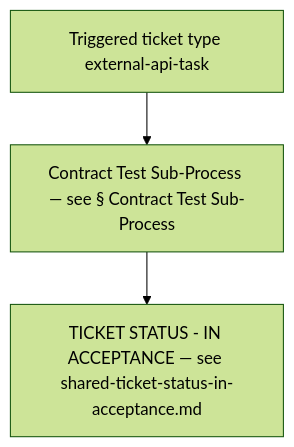
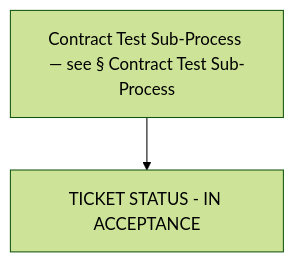
The eighth of 10 diagrams in docs/atdd/process/diagram-process.md (optivem/starter), drawn with Mermaid (forest theme) before and after one commit. The commit also changed other lines of this file and 19 other files, not shown here.

````diff
--- a/docs/atdd/process/diagram-process.md
+++ b/docs/atdd/process/diagram-process.md
@@ -256,9 +241,7 @@
 ```mermaid
 flowchart TD
-    TRIGGER[Triggered ticket type external-api-task]
-    CT[Contract Test Sub-Process — see § Contract Test Sub-Process]
-    IN_ACCEPTANCE[TICKET STATUS - IN ACCEPTANCE — see shared-ticket-status-in-acceptance.md]
+    CT_SUB[Contract Test Sub-Process — see § Contract Test Sub-Process]
+    IN_ACCEPTANCE[TICKET STATUS - IN ACCEPTANCE]
 
-    TRIGGER --> CT
-    CT --> IN_ACCEPTANCE
+    CT_SUB --> IN_ACCEPTANCE
 ```
````
